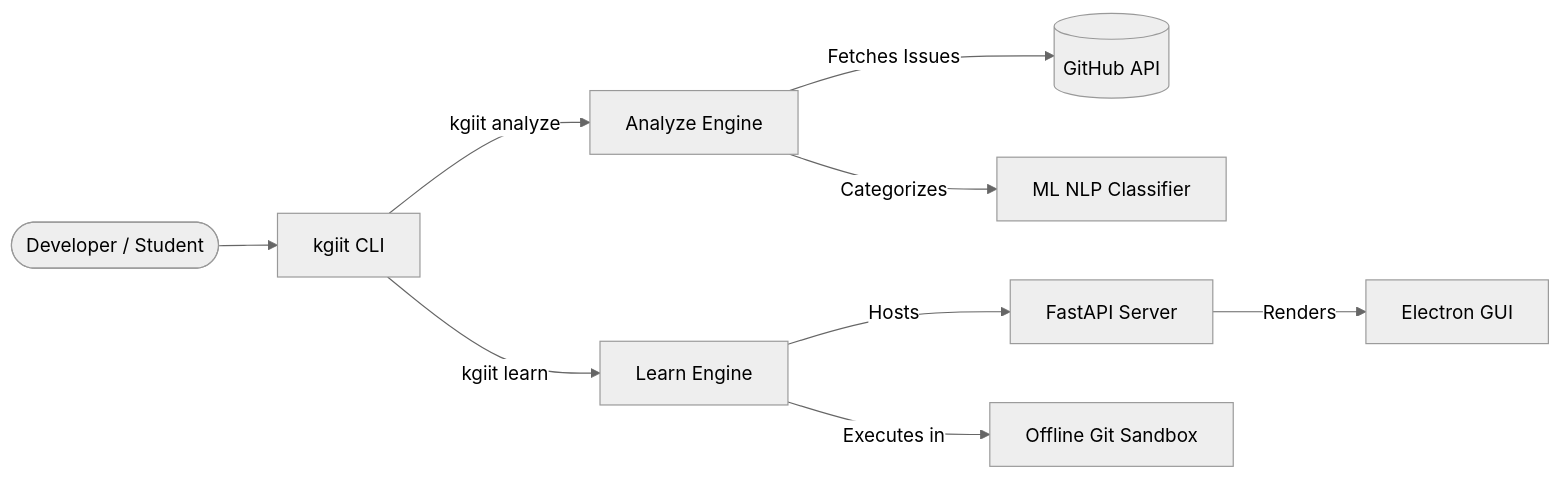
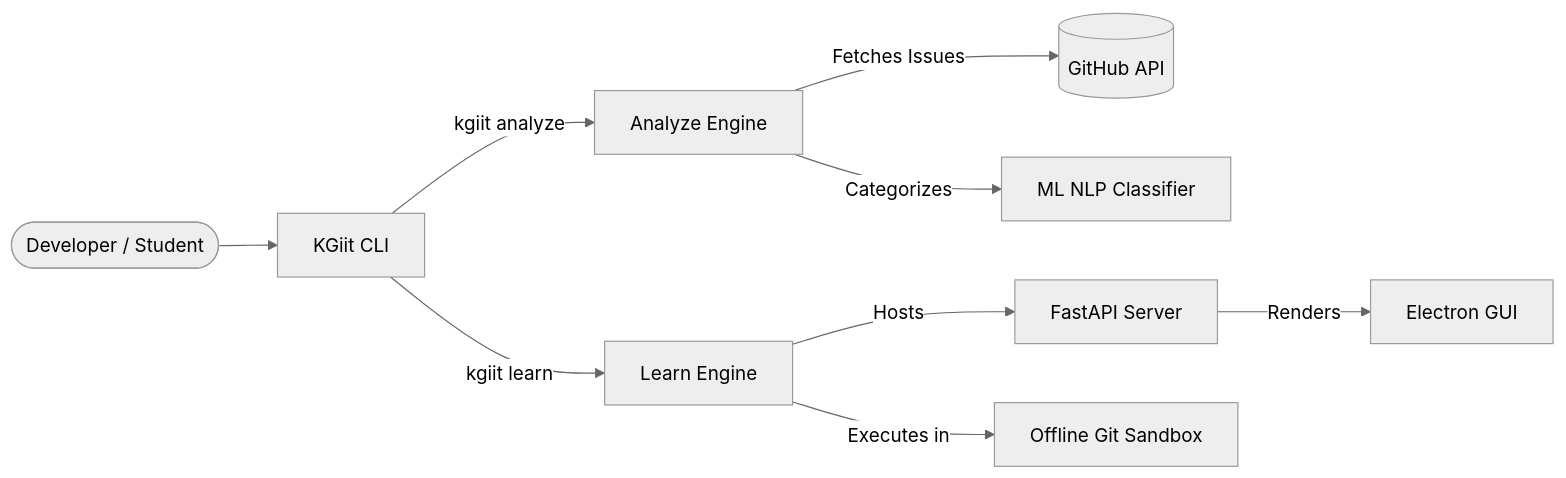
One commit to ShauryaVaid/kgiit changed the second of 2 diagrams in README.md. Above: the diagram before and after it, drawn with Mermaid (neutral theme). The commit also changed other lines of this file, not shown here.

````diff
--- a/README.md
+++ b/README.md
@@ -91,13 +95,13 @@
 ```mermaid
 flowchart LR
-    User([Developer / Student]) --> CLI[kgiit CLI]
+    User([Developer / Student]) --> CLI[KGiit CLI]
     CLI -->|kgiit analyze| A[Analyze Engine]
     CLI -->|kgiit learn| L[Learn Engine]
     
     A -->|Fetches Issues| API[(GitHub API)]
     A -->|Categorizes| NLP[ML NLP Classifier]
     
     L -->|Hosts| S[FastAPI Server]
     S -->|Renders| G[Electron GUI]
     L -->|Executes in| Sandbox[Offline Git Sandbox]
 ```
````
